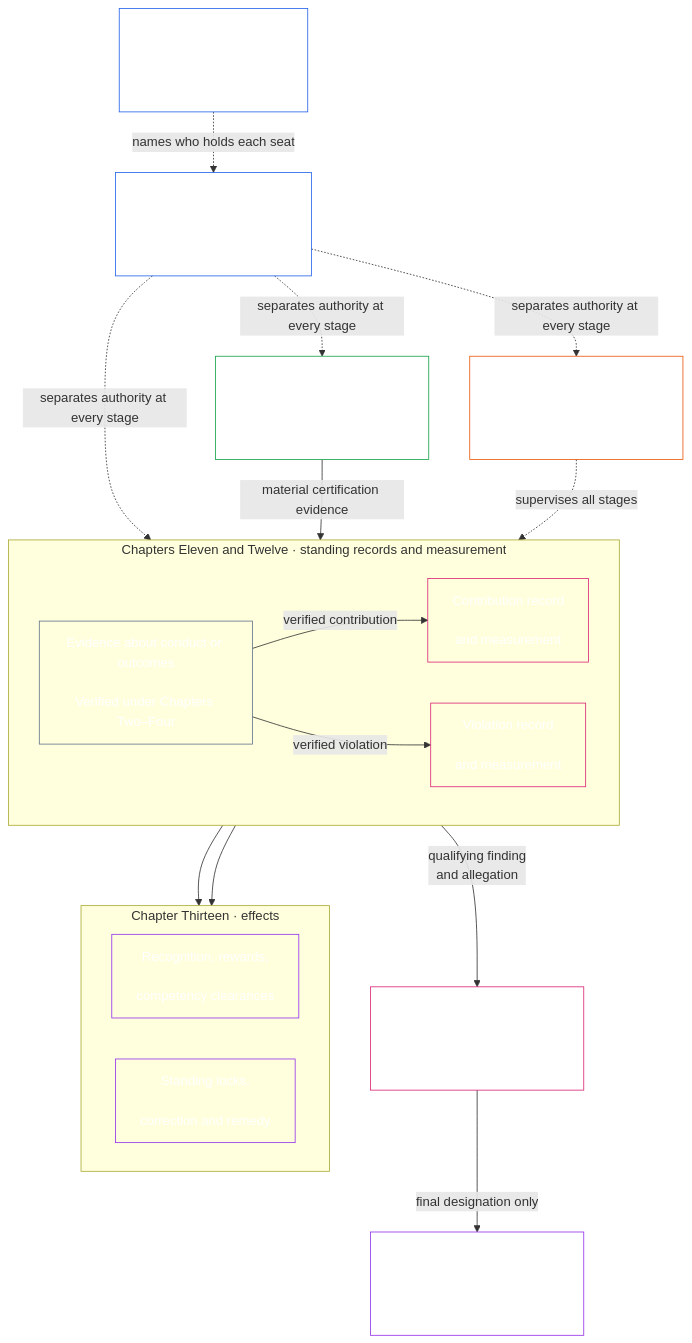
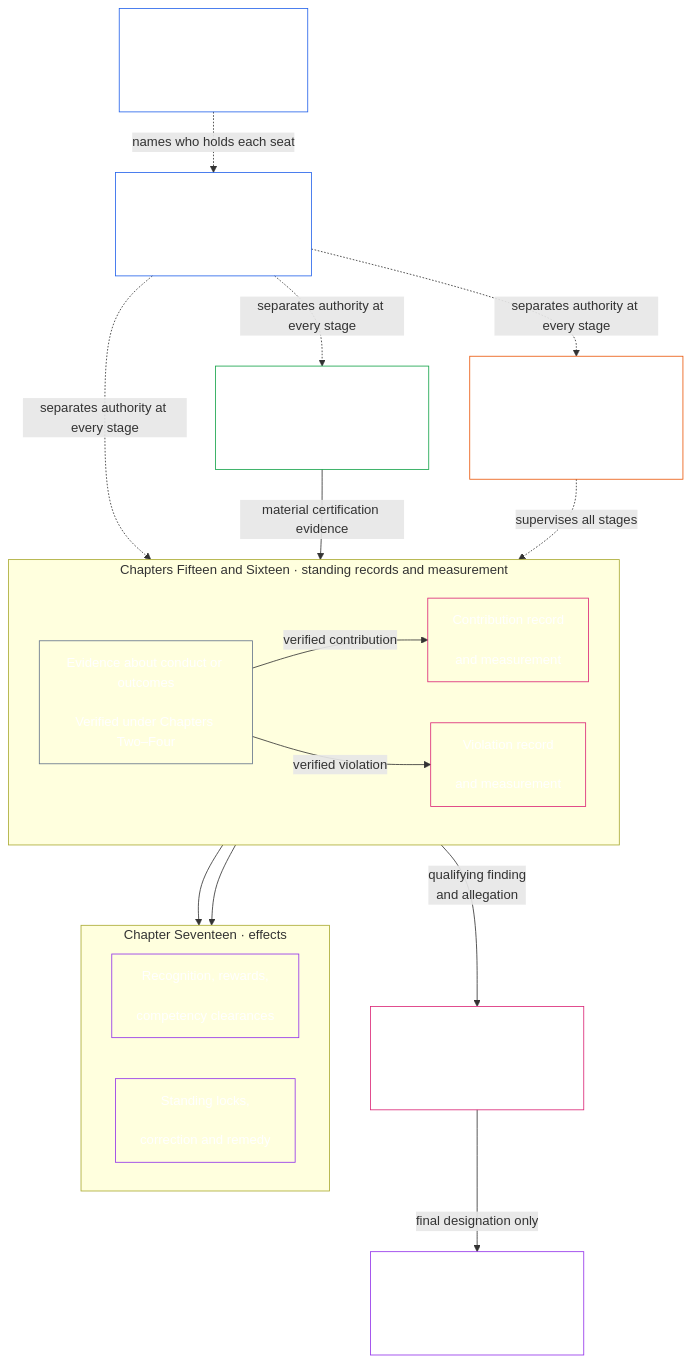
Diagram 15 of 24 in guides/CONCEPTUAL_OVERVIEW.md (kfoelsch/Sentient_Constitution), drawn with Mermaid before and after one commit. The commit also changed other lines of this file and 469 other files, not shown here.

First line of the commit message:
restructure: final chapter structure, Parts only in Chapters 1, 5 and 6; chapters 0-28 (492nd move)

````diff
--- a/guides/CONCEPTUAL_OVERVIEW.md
+++ b/guides/CONCEPTUAL_OVERVIEW.md
@@ -711,43 +711,43 @@
 ```mermaid
 flowchart TB
     K["Chapter Seven<br/><br/>System and Institutional<br/>Charters"]
     D["Chapter Eight<br/><br/>Functional independence<br/>and separation of duties"]
     S["Chapter Nine<br/><br/>System alignment certification"]
-    subgraph Q["Chapters Eleven and Twelve · standing records and measurement"]
+    subgraph Q["Chapters Fifteen and Sixteen · standing records and measurement"]
         direction LR
         E["Evidence about conduct or outcomes<br/><br/>Verified under Chapters Two–Four"]
         C["Contribution record<br/><br/>and measurement"]
         V["Violation record<br/><br/>and measurement"]
     end
-    subgraph N["Chapter Thirteen · effects"]
+    subgraph N["Chapter Seventeen · effects"]
         direction LR
         U["Recognition, rewards,<br/><br/>competency clearances"]
         R["Standing locks,<br/><br/>correction and remedy"]
     end
-    M["Chapter Fourteen<br/><br/>Anti-constitutional misconduct review"]
-    L["Chapter Thirteen<br/><br/>Anti-Constitutional Trust Lock"]
-    F["Chapter Fifteen forums<br/><br/>Supervision, challenge and timely review"]
+    M["Chapter Twenty-One<br/><br/>Anti-constitutional misconduct review"]
+    L["Chapter Seventeen<br/><br/>Anti-Constitutional Trust Lock"]
+    F["Chapter Twenty-Three forums<br/><br/>Supervision, challenge and timely review"]
     K -.->|names who holds each seat| D
     D -.->|separates authority at every stage| S
     D -.->|separates authority at every stage| E
     D -.->|separates authority at every stage| F
     C --> U
     V --> R
     M -->|final designation only| L
     V -->|qualifying finding<br/>and allegation| M
     S -->|material certification evidence| E
     E -->|verified contribution| C
     E -->|verified violation| V
     F -.->|supervises all stages| E
     style K fill:none,stroke:#2563eb,color:#ffffff
     style D fill:none,stroke:#2563eb,color:#ffffff
     style S fill:none,stroke:#16a34a,color:#ffffff
     style E fill:none,stroke:#64748b,color:#ffffff
     style C fill:none,stroke:#db2777,color:#ffffff
     style V fill:none,stroke:#db2777,color:#ffffff
     style U fill:none,stroke:#9333ea,color:#ffffff
     style R fill:none,stroke:#9333ea,color:#ffffff
     style M fill:none,stroke:#db2777,color:#ffffff
     style L fill:none,stroke:#9333ea,color:#ffffff
     style F fill:none,stroke:#ea580c,color:#ffffff
 ```
````
